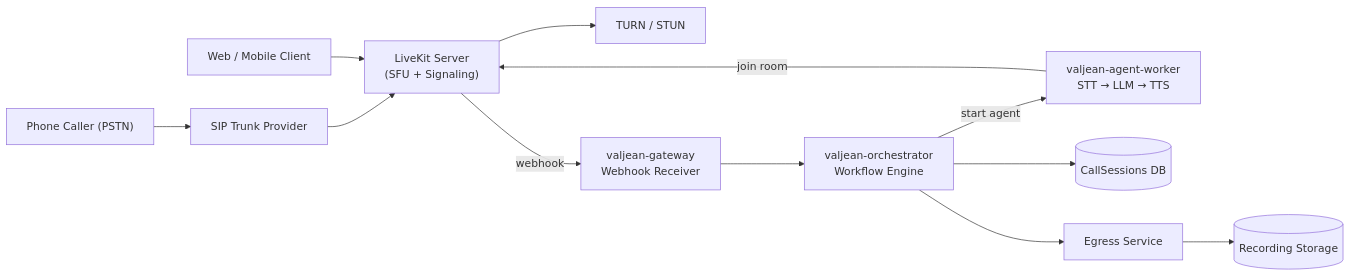
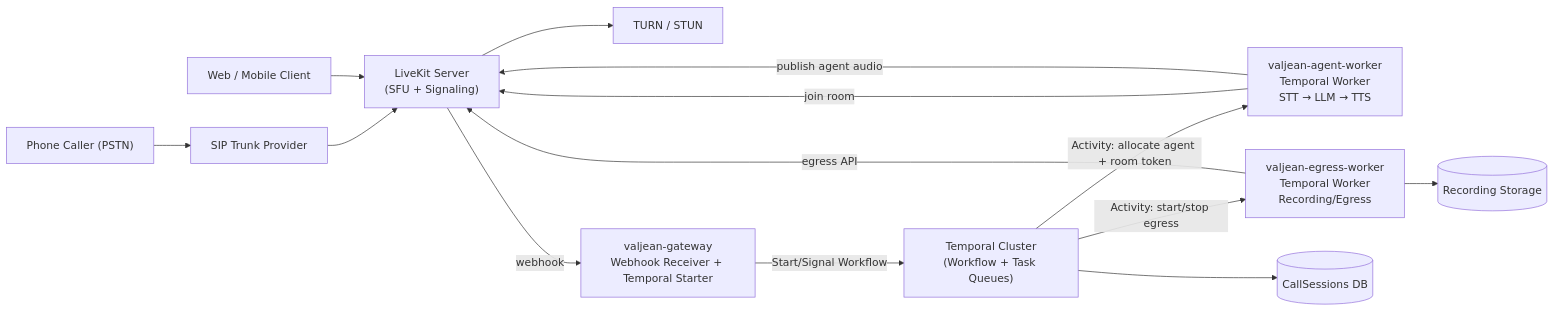
One commit to nduyhai/valjean-orchestration changed the first of 4 diagrams in docs/design.md. Above: the diagram before and after it, drawn with Mermaid.

Commit message:
feat: update docker build

````diff
--- a/docs/design.md
+++ b/docs/design.md
@@ -4,34 +4,36 @@
 ```mermaid
 flowchart LR
-
     PSTN["Phone Caller (PSTN)"]
     WEB["Web / Mobile Client"]
     SIPPROV["SIP Trunk Provider"]
 
     LK["LiveKit Server\n(SFU + Signaling)"]
     TURN["TURN / STUN"]
 
-    GW["valjean-gateway\nWebhook Receiver"]
-    OR["valjean-orchestrator\nWorkflow Engine"]
-    AG["valjean-agent-worker\nSTT → LLM → TTS"]
+    GW["valjean-gateway\nWebhook Receiver + Temporal Starter"]
+    TEMP["Temporal Cluster\n(Workflow + Task Queues)"]
+
+    AGW["valjean-agent-worker\nTemporal Worker\nSTT → LLM → TTS"]
+    EGW["valjean-egress-worker\nTemporal Worker\nRecording/Egress"]
 
     DB[("CallSessions DB")]
     REC[("Recording Storage")]
-
-    EG["Egress Service"]
 
     PSTN --> SIPPROV
     SIPPROV --> LK
     WEB --> LK
     LK --> TURN
 
     LK -->|webhook| GW
-    GW --> OR
+    GW -->|Start/Signal Workflow| TEMP
 
-    OR -->|start agent| AG
-    AG -->|join room| LK
+    TEMP -->|Activity: allocate agent + room token| AGW
+    AGW -->|join room| LK
+    AGW -->|publish agent audio| LK
 
-    OR --> DB
-    OR --> EG
-    EG --> REC
+    TEMP -->|Activity: start/stop egress| EGW
+    EGW -->|egress API| LK
+    EGW --> REC
+
+    TEMP --> DB
 ```
````
